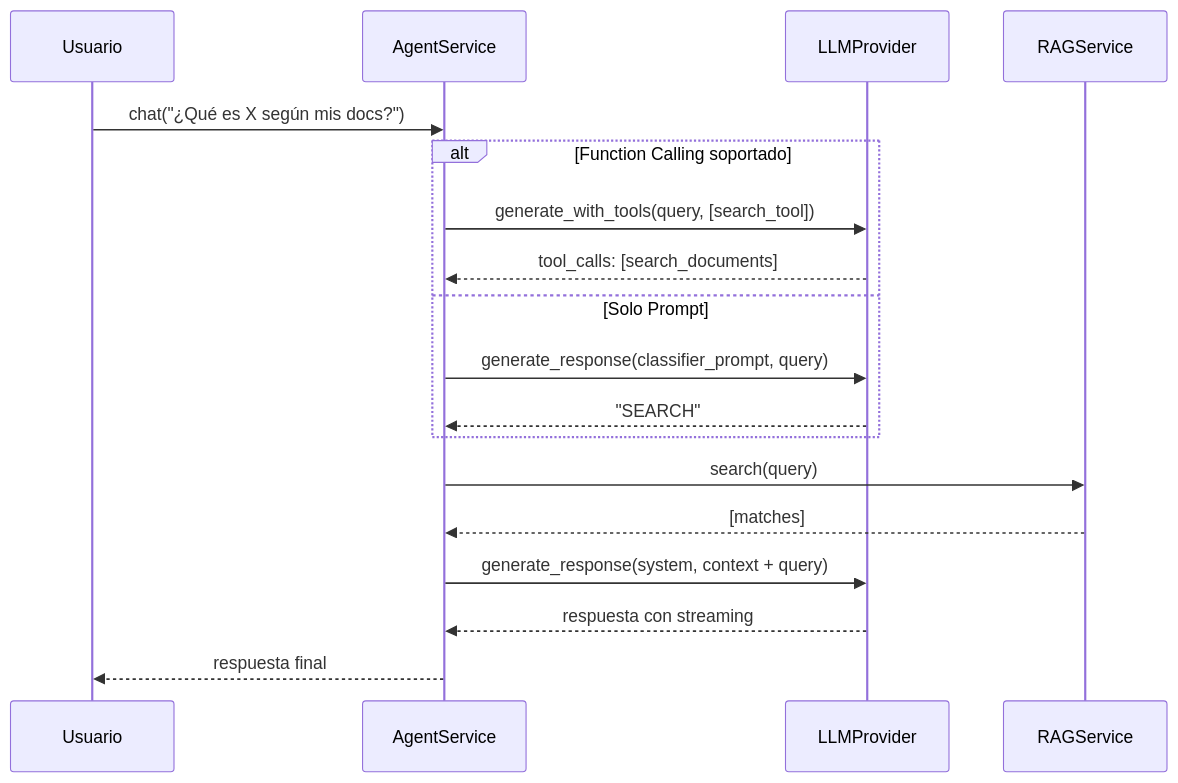
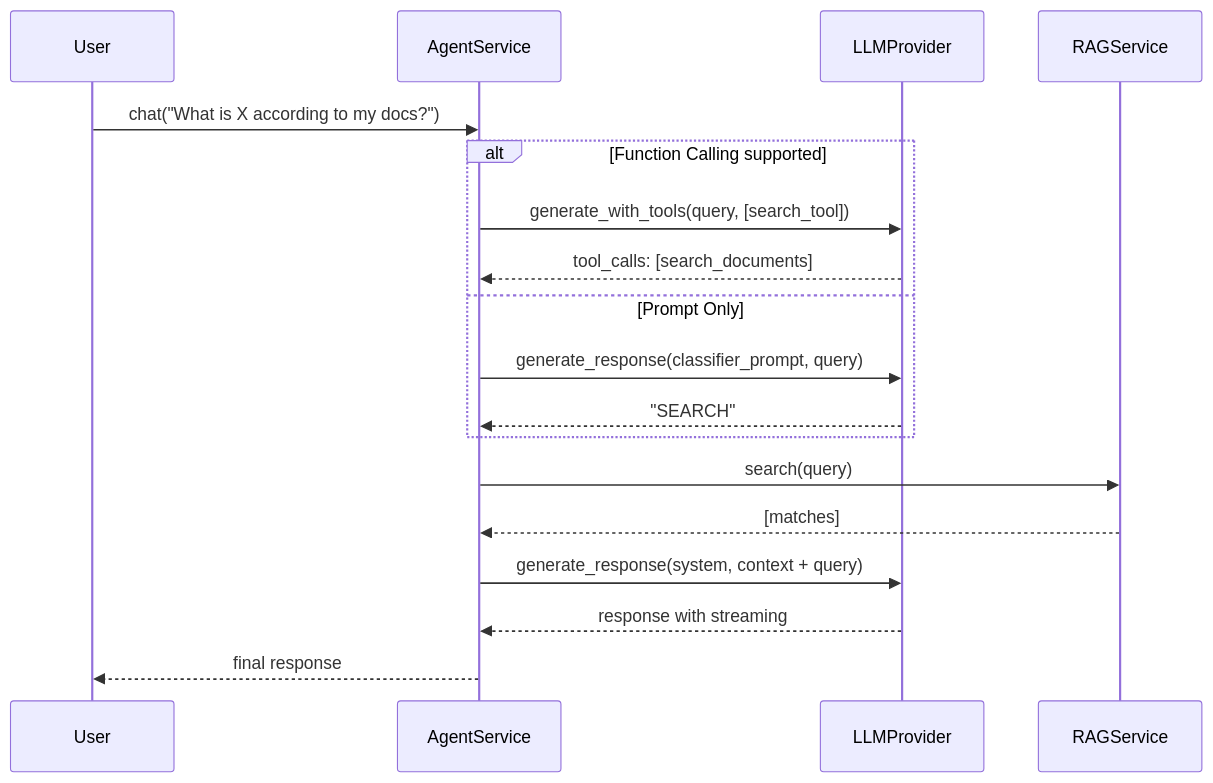
One commit to FullFran/Hybrid-RAG-example changed the diagram in docs/agent_service.md. Above: the diagram before and after it, drawn with Mermaid. The commit also changed other lines of this file and 6 other files, not shown here.

First line of the commit message:
docs: update architecture docs with C4 diagrams and new IParser/IChunker interfaces

````diff
--- a/docs/agent_service.md
+++ b/docs/agent_service.md
@@ -156,23 +156,23 @@
 ```mermaid
 sequenceDiagram
-    participant U as Usuario
+    participant U as User
     participant A as AgentService
     participant L as LLMProvider
     participant R as RAGService
 
-    U->>A: chat("¿Qué es X según mis docs?")
+    U->>A: chat("What is X according to my docs?")
 
-    alt Function Calling soportado
+    alt Function Calling supported
         A->>L: generate_with_tools(query, [search_tool])
         L-->>A: tool_calls: [search_documents]
-    else Solo Prompt
+    else Prompt Only
         A->>L: generate_response(classifier_prompt, query)
         L-->>A: "SEARCH"
     end
 
     A->>R: search(query)
     R-->>A: [matches]
     A->>L: generate_response(system, context + query)
-    L-->>A: respuesta con streaming
-    A-->>U: respuesta final
+    L-->>A: response with streaming
+    A-->>U: final response
 ```
````
